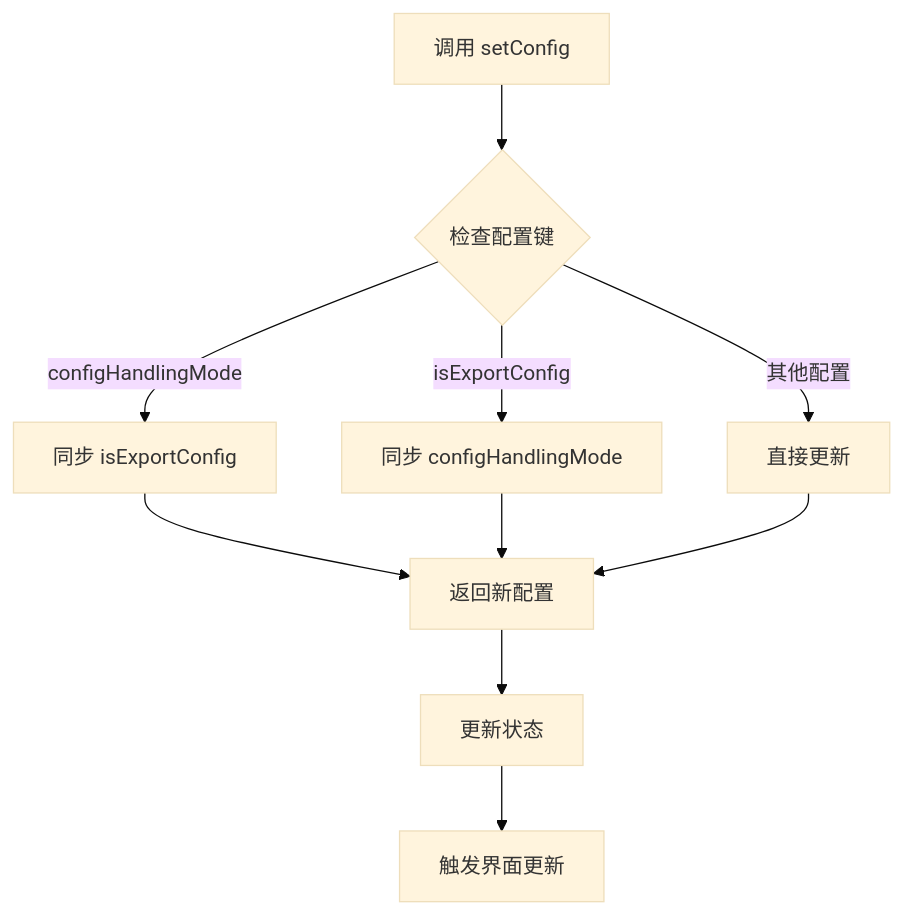
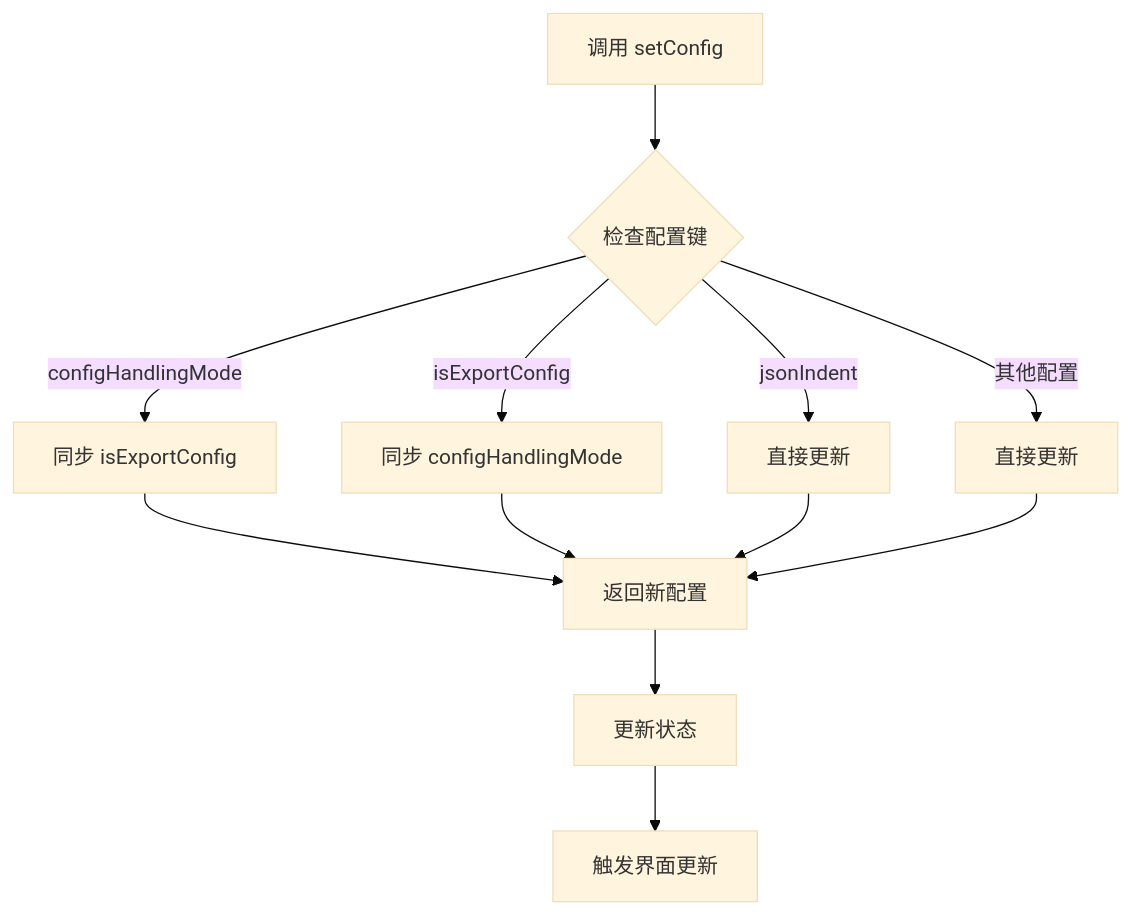
Before and after one commit to kqcoxn/MaaPipelineEditor: the fifth of 15 diagrams in .qoder/repowiki/zh/content/Config Store.md, drawn with Mermaid (base theme). The commit also changed other lines of this file and 16 other files, not shown here.

````diff
--- a/.qoder/repowiki/zh/content/Config Store.md
+++ b/.qoder/repowiki/zh/content/Config Store.md
@@ -200,12 +243,14 @@
 ```mermaid
 flowchart TD
 A[调用 setConfig] --> B{检查配置键}
 B --> |configHandlingMode| C[同步 isExportConfig]
 B --> |isExportConfig| D[同步 configHandlingMode]
-B --> |其他配置| E[直接更新]
-C --> F[返回新配置]
-D --> F
-E --> F
-F --> G[更新状态]
-G --> H[触发界面更新]
+B --> |jsonIndent| E[直接更新]
+B --> |其他配置| F[直接更新]
+C --> G[返回新配置]
+D --> G
+E --> G
+F --> G
+G --> H[更新状态]
+H --> I[触发界面更新]
 ```
````
